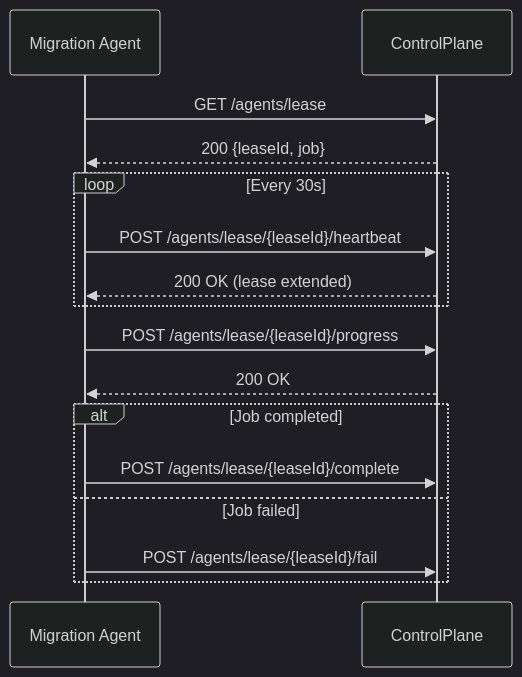
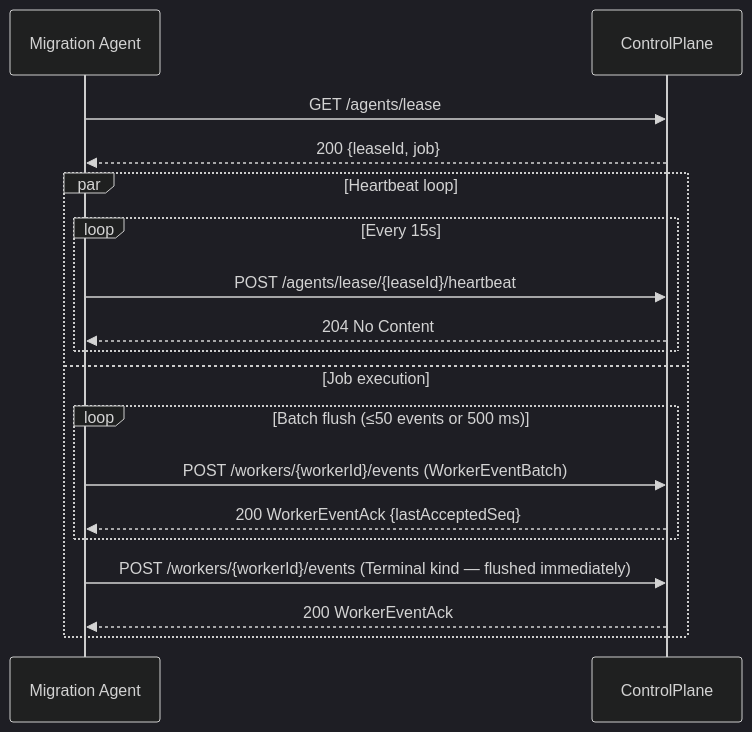
Before and after one commit to nkdAgility/azure-devops-migration-platform: the second of 2 diagrams in docs/control-plane.md, drawn with Mermaid (dark theme). The commit also changed other lines of this file and 652 other files, not shown here.

````diff
--- a/docs/control-plane.md
+++ b/docs/control-plane.md
@@ -107,19 +106,21 @@
 ```mermaid
 sequenceDiagram
     participant A as Migration Agent
     participant CP as ControlPlane
 
     A->>CP: GET /agents/lease
     CP-->>A: 200 {leaseId, job}
-    loop Every 30s
-        A->>CP: POST /agents/lease/{leaseId}/heartbeat
-        CP-->>A: 200 OK (lease extended)
-    end
-    A->>CP: POST /agents/lease/{leaseId}/progress
-    CP-->>A: 200 OK
-    alt Job completed
-        A->>CP: POST /agents/lease/{leaseId}/complete
-    else Job failed
-        A->>CP: POST /agents/lease/{leaseId}/fail
+    par Heartbeat loop
+        loop Every 15s
+            A->>CP: POST /agents/lease/{leaseId}/heartbeat
+            CP-->>A: 204 No Content
+        end
+    and Job execution
+        loop Batch flush (≤50 events or 500 ms)
+            A->>CP: POST /workers/{workerId}/events (WorkerEventBatch)
+            CP-->>A: 200 WorkerEventAck {lastAcceptedSeq}
+        end
+        A->>CP: POST /workers/{workerId}/events (Terminal kind — flushed immediately)
+        CP-->>A: 200 WorkerEventAck
     end
 ```
````
